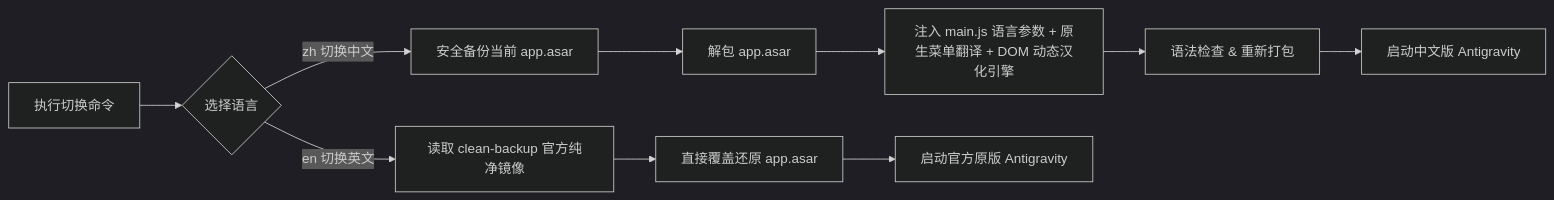
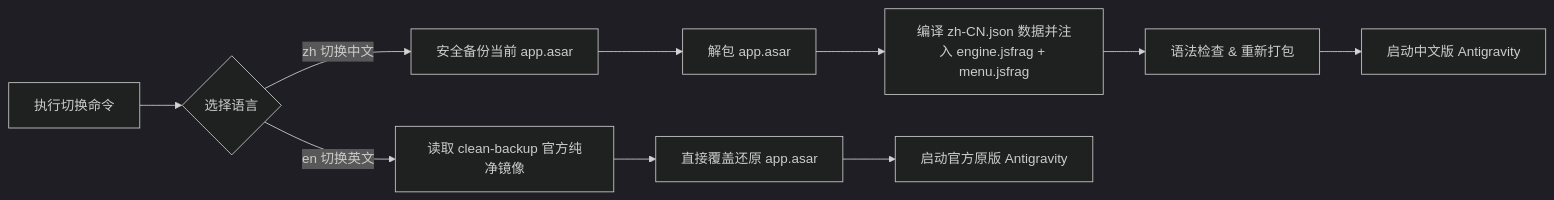
One commit to wadewu-ml/antigravity-i18n changed the diagram in README.md. Above: the diagram before and after it, drawn with Mermaid (dark theme). The commit also changed other lines of this file and 1 other file, not shown here.

````diff
--- a/README.md
+++ b/README.md
@@ -117,13 +121,13 @@
 ```mermaid
 flowchart LR
     A[执行切换命令] --> B{选择语言}
     B -->|zh 切换中文| C[安全备份当前 app.asar]
     C --> D[解包 app.asar]
-    D --> E[注入 main.js 语言参数 + 原生菜单翻译 + DOM 动态汉化引擎]
+    D --> E[编译 zh-CN.json 数据并注入 engine.jsfrag + menu.jsfrag]
     E --> F[语法检查 & 重新打包]
     F --> G[启动中文版 Antigravity]
 
     B -->|en 切换英文| H[读取 clean-backup 官方纯净镜像]
     H --> I[直接覆盖还原 app.asar]
     I --> J[启动官方原版 Antigravity]
 ```
````
